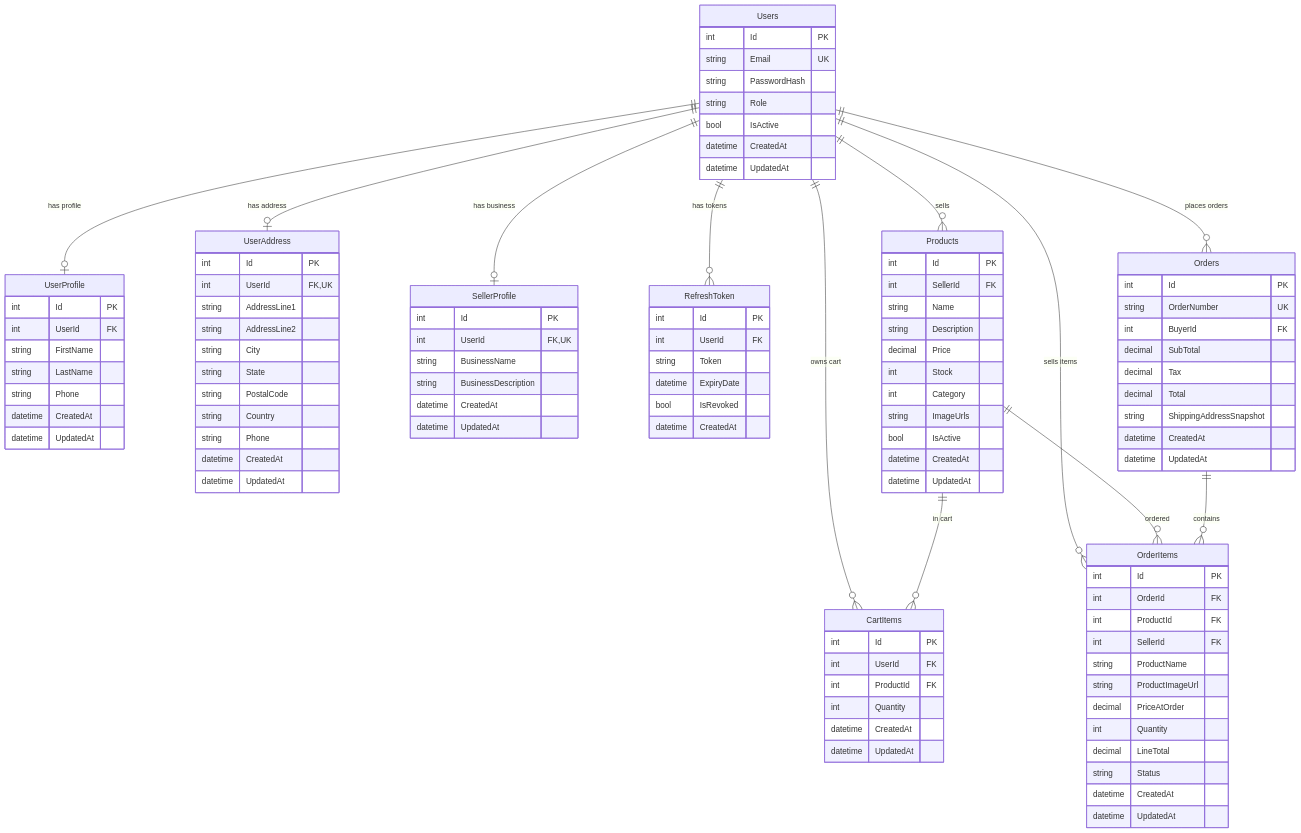
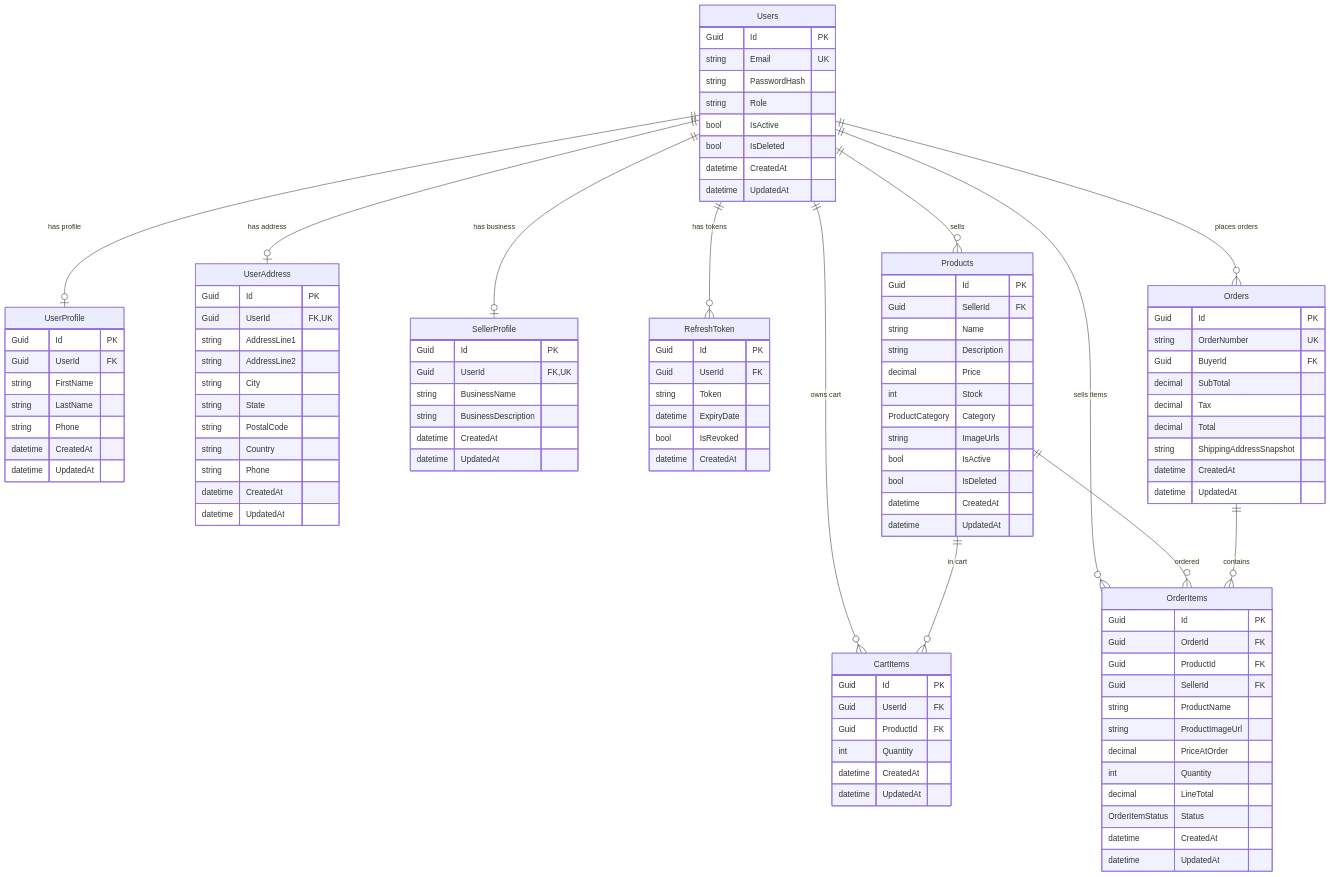
The diagram in docs/04_DATA_MODELS.md (Pattarapon0/dcommerce), drawn with Mermaid before and after one commit. The commit also changed other lines of this file and 17 other files, not shown here.

```diff
--- a/docs/04_DATA_MODELS.md
+++ b/docs/04_DATA_MODELS.md
@@ -249,18 +243,19 @@
     Orders ||--o{ OrderItems : "contains"
     
     Users {
-        int Id PK
+        Guid Id PK
         string Email UK
         string PasswordHash
         string Role
         bool IsActive
+        bool IsDeleted
         datetime CreatedAt
         datetime UpdatedAt
     }
     
     UserProfile {
-        int Id PK
-        int UserId FK
+        Guid Id PK
+        Guid UserId FK
         string FirstName
         string LastName
         string Phone
@@ -269,8 +264,8 @@
     }
     
     UserAddress {
-        int Id PK
-        int UserId FK,UK
+        Guid Id PK
+        Guid UserId FK,UK
         string AddressLine1
         string AddressLine2
         string City
@@ -283,8 +278,8 @@
     }
     
     SellerProfile {
-        int Id PK
-        int UserId FK,UK
+        Guid Id PK
+        Guid UserId FK,UK
         string BusinessName
         string BusinessDescription
         datetime CreatedAt
@@ -292,32 +287,33 @@
     }
     
     Products {
-        int Id PK
-        int SellerId FK
+        Guid Id PK
+        Guid SellerId FK
         string Name
         string Description
         decimal Price
         int Stock
-        int Category
+        ProductCategory Category
         string ImageUrls
         bool IsActive
+        bool IsDeleted
         datetime CreatedAt
         datetime UpdatedAt
     }
     
     CartItems {
-        int Id PK
-        int UserId FK
-        int ProductId FK
+        Guid Id PK
+        Guid UserId FK
+        Guid ProductId FK
         int Quantity
         datetime CreatedAt
         datetime UpdatedAt
     }
     
     Orders {
-        int Id PK
+        Guid Id PK
         string OrderNumber UK
-        int BuyerId FK
+        Guid BuyerId FK
         decimal SubTotal
         decimal Tax
         decimal Total
@@ -327,23 +323,23 @@
     }
     
     OrderItems {
-        int Id PK
-        int OrderId FK
-        int ProductId FK
-        int SellerId FK
+        Guid Id PK
+        Guid OrderId FK
+        Guid ProductId FK
+        Guid SellerId FK
         string ProductName
         string ProductImageUrl
         decimal PriceAtOrder
         int Quantity
         decimal LineTotal
-        string Status
+        OrderItemStatus Status
         datetime CreatedAt
         datetime UpdatedAt
     }
     
     RefreshToken {
-        int Id PK
-        int UserId FK
+        Guid Id PK
+        Guid UserId FK
         string Token
         datetime ExpiryDate
         bool IsRevoked
```
